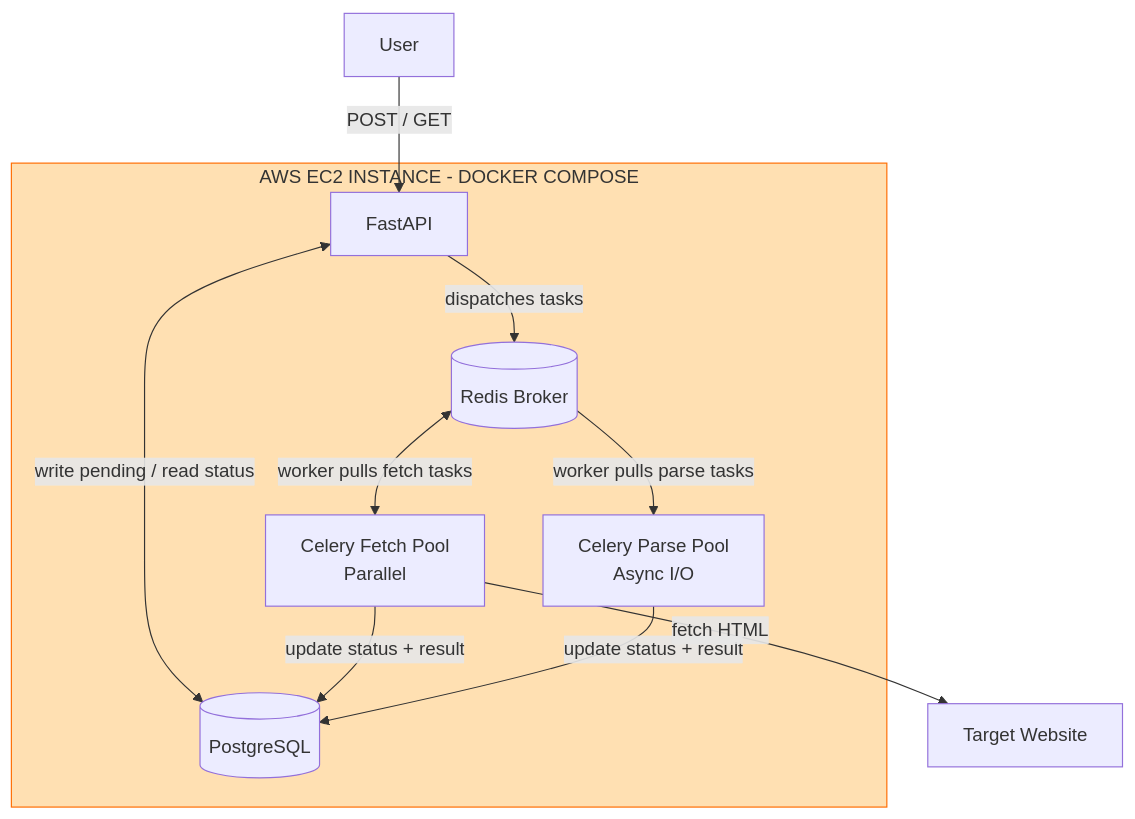
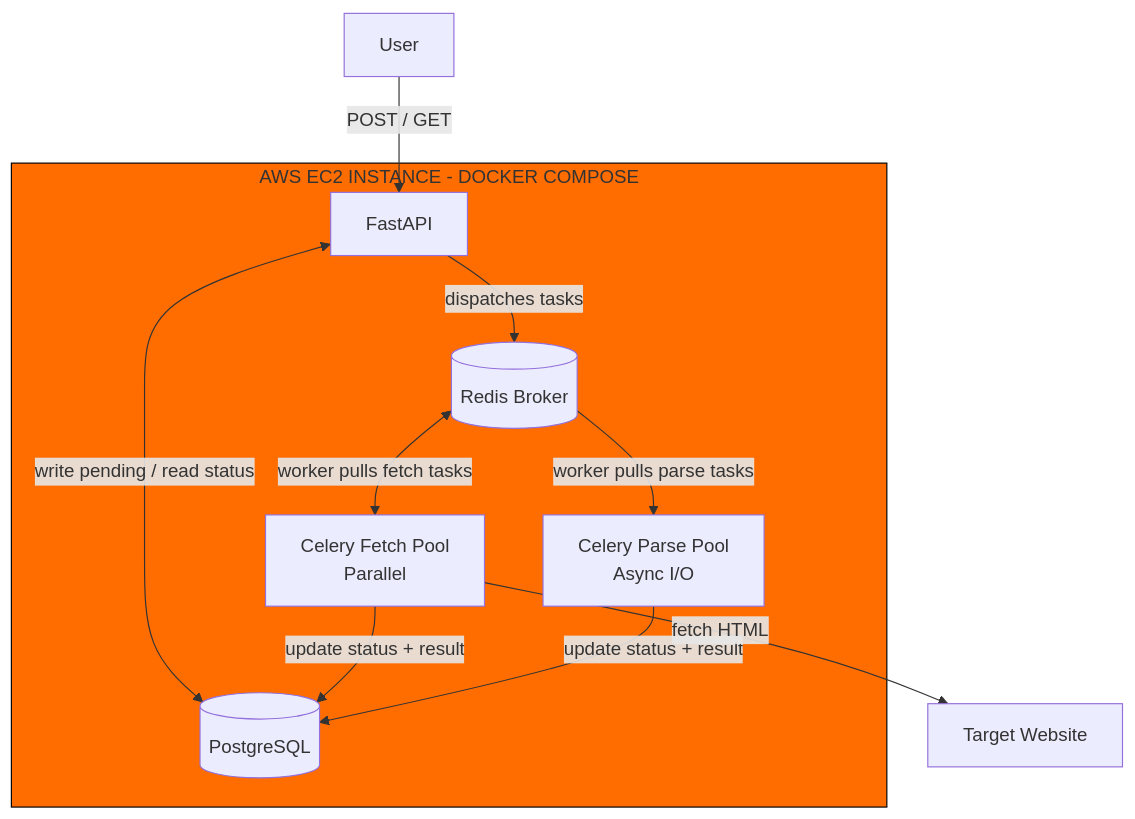
One commit to DarDuong5/distributed-async-web-scraper changed the diagram in README.md. Above: the diagram before and after it, drawn with Mermaid.

Commit message:
recolored aws box in architecture

````diff
--- a/README.md
+++ b/README.md
@@ -71,20 +71,20 @@
 ```mermaid
 flowchart TB
  subgraph sources["AWS EC2 INSTANCE - DOCKER COMPOSE"]
         Redis[("Redis Broker")]
         API["FastAPI"]
         FetchCelery["Celery Fetch Pool\n Parallel"]
         ParseCelery["Celery Parse Pool\n Async I/O"]
         DB[("PostgreSQL")]
   end
     A["User"] -- POST / GET --> API
     API -- dispatches tasks --> Redis
     Redis <-- worker pulls fetch tasks --> FetchCelery
     Redis -- worker pulls parse tasks --> ParseCelery
     API <-- write pending / read status --> DB
     FetchCelery -- update status + result --> DB
     ParseCelery -- update status + result --> DB
     FetchCelery -- fetch HTML --> Web["Target Website"]
 
-    style sources stroke:#FF6D00,fill:#FFE0B2
+    style sources stroke:#000000,fill:#FF6D00
 ```
````
